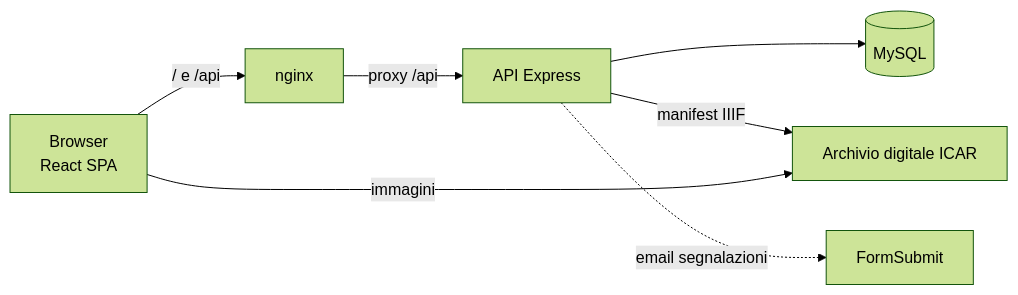
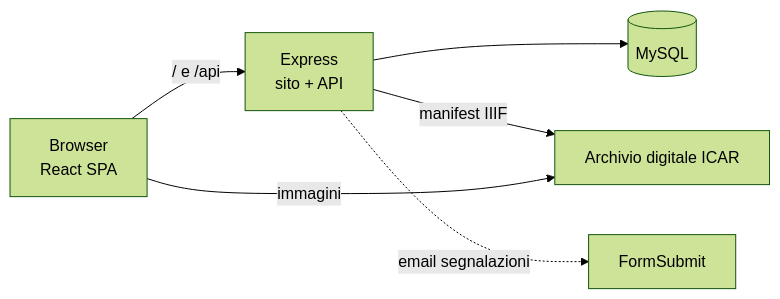
Before and after one commit to AntonioOrf/Catasto: the diagram in readme.md, drawn with Mermaid (forest theme). The commit also changed 23 other files, not shown here.

First line of the commit message:
Docker: un'unica immagine per sito e API, senza nginx

````diff
--- a/readme.md
+++ b/readme.md
@@ -78,9 +78,8 @@
 ```mermaid
 flowchart LR
-    B[Browser<br/>React SPA] -->|/ e /api| N[nginx]
-    N -->|proxy /api| A[API Express]
+    B[Browser<br/>React SPA] -->|/ e /api| A[Express<br/>sito + API]
     A --> D[(MySQL)]
     A -->|manifest IIIF| I[Archivio digitale ICAR]
     B -->|immagini| I
     A -.->|email segnalazioni| F[FormSubmit]
 ```
````
